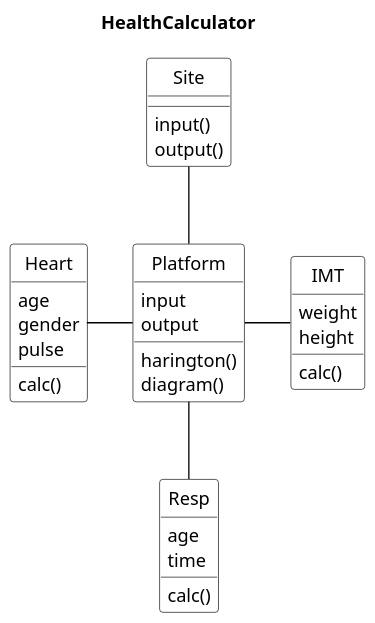
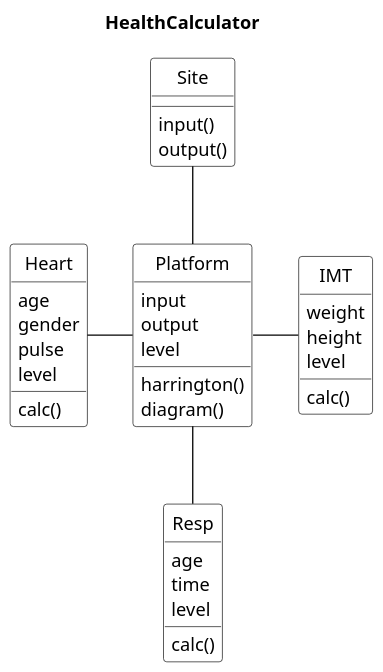
One commit to MattPopov/HealthCalculatorBranch changed the diagram in UML_modules.puml. Above: the diagram before and after it, drawn with PlantUML.

Commit message:
UML change

```diff
--- a/UML_modules.puml
+++ b/UML_modules.puml
@@ -1,55 +1,59 @@
 @startuml
 title   HealthCalculator
 
 
 skinparam class {
 BackgroundColor White
 ArrowColor Black
 BorderColor Black
 }
 skinparam object {
 BackgroundColor White
 ArrowColor Black
 BorderColor Black
 }
 scale 1.3
 skinparam DefaultTextAlignment left
 skinparam shadowing false
 skinparam packageStyle frame
 hide circle
 'hide members
 'skinparam monochrome true
 'note " lots in deal" as spread
 'package Storage {
 class Heart{
 age
 gender
 pulse
+level
 calc()
 }
 class Resp{
 age
 time
+level
 calc()
 }
 class IMT{
 weight
 height
+level
 calc()
 }
 class Platform{
 input
 output
-harington()
+level
+harrington()
 diagram()
 }
 class Site{
 input()
 output()
 }
 Platform -l- Heart
 Platform - IMT
 Platform -u- Site
 Platform --  Resp
 'Mean_deal --|> Deal
 @enduml
```
